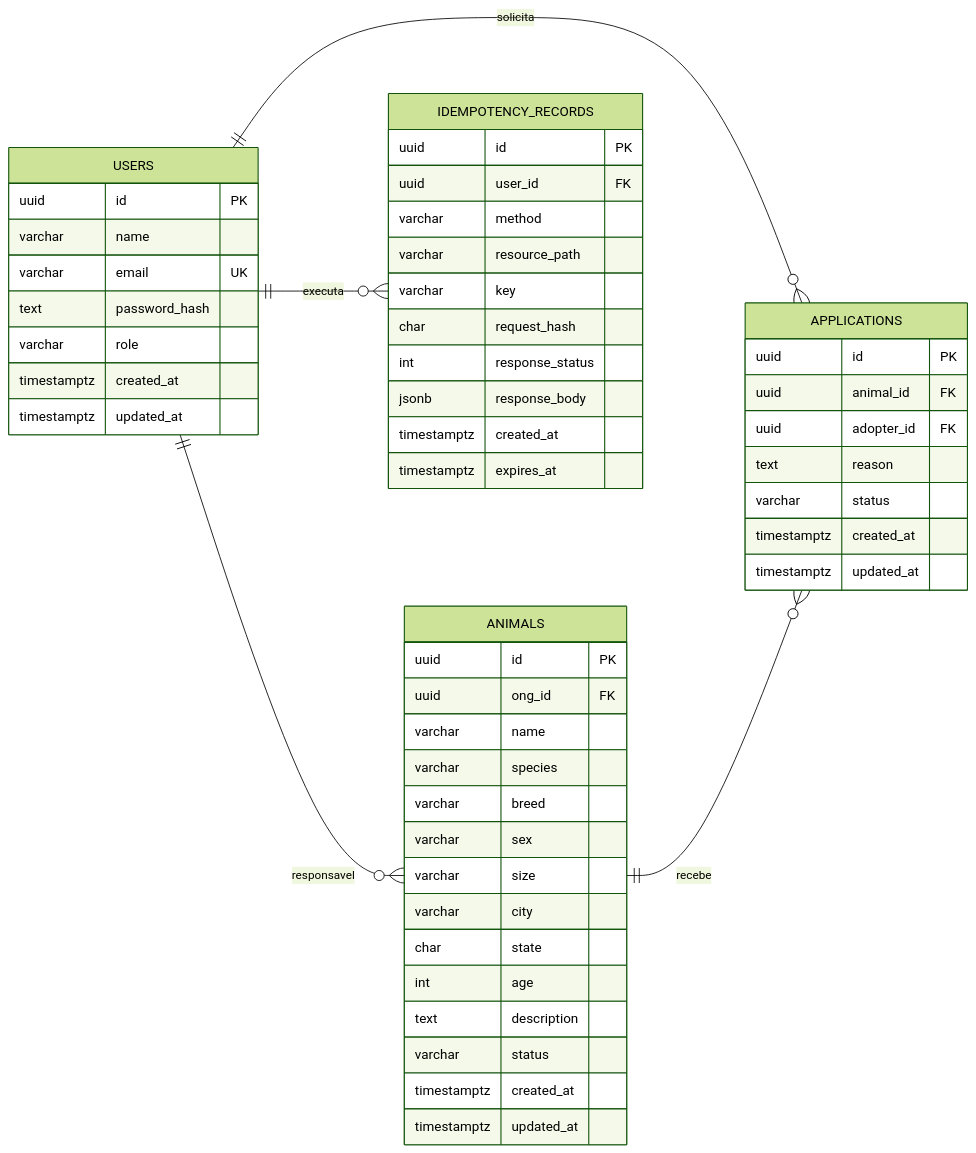
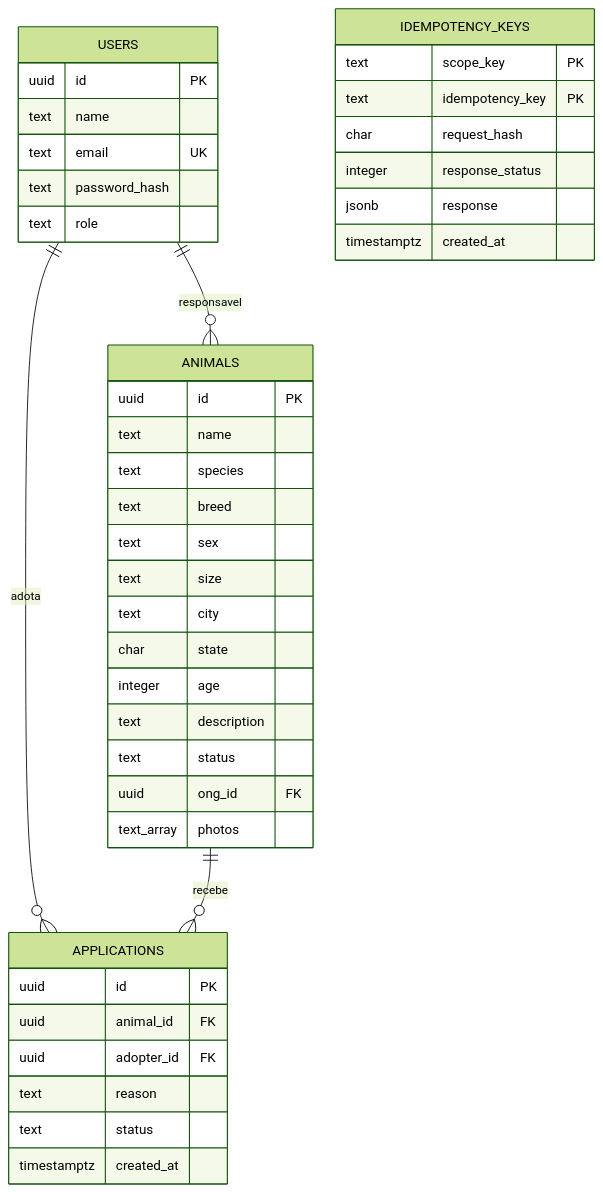
The diagram in docs/arquitetura/diagramas/05-modelo-relacional.mmd (KerollayneAkemy/API--ADOTAPET), drawn with Mermaid (forest theme) before and after one commit. The commit also changed 49 other files, not shown here.

```diff
--- a/docs/arquitetura/diagramas/05-modelo-relacional.mmd
+++ b/docs/arquitetura/diagramas/05-modelo-relacional.mmd
@@ -1,53 +1,47 @@
 erDiagram
-  direction LR
   USERS ||--o{ ANIMALS : responsavel
-  USERS ||--o{ APPLICATIONS : solicita
+  USERS ||--o{ APPLICATIONS : adota
   ANIMALS ||--o{ APPLICATIONS : recebe
-  USERS ||--o{ IDEMPOTENCY_RECORDS : executa
 
   USERS {
     uuid id PK
-    varchar name
-    varchar email UK
+    text name
+    text email UK
     text password_hash
-    varchar role
-    timestamptz created_at
-    timestamptz updated_at
+    text role
   }
   ANIMALS {
     uuid id PK
+    text name
+    text species
+    text breed
+    text sex
+    text size
+    text city
+    char state
+    integer age
+    text description
+    text status
     uuid ong_id FK
-    varchar name
-    varchar species
-    varchar breed
-    varchar sex
-    varchar size
-    varchar city
-    char state
-    int age
-    text description
-    varchar status
-    timestamptz created_at
-    timestamptz updated_at
+    text_array photos
   }
   APPLICATIONS {
     uuid id PK
     uuid animal_id FK
     uuid adopter_id FK
     text reason
-    varchar status
+    text status
     timestamptz created_at
-    timestamptz updated_at
   }
-  IDEMPOTENCY_RECORDS {
-    uuid id PK
-    uuid user_id FK
-    varchar method
-    varchar resource_path
-    varchar key
+  IDEMPOTENCY_KEYS {
+    text scope_key PK
+    text idempotency_key PK
     char request_hash
-    int response_status
-    jsonb response_body
+    integer response_status
+    jsonb response
     timestamptz created_at
-    timestamptz expires_at
   }
+
+  %% Restricoes parciais do PostgreSQL implementadas na migracao 001:
+  %% um pedido PENDENTE por adotante/animal e uma APROVADA por animal.
+  %% Checks validam papeis, status e idade; FKs impedem orfaos.
```
